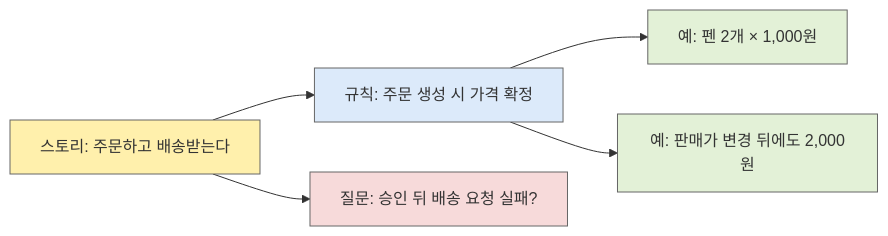
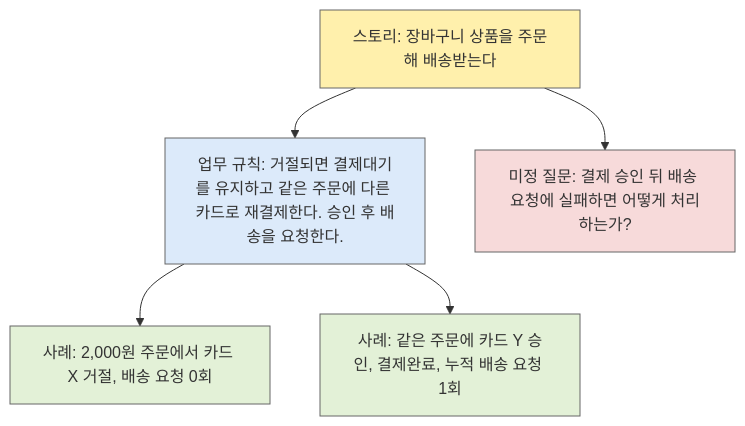
One commit to YoungSan77/TrainingMaterials changed the first of 2 diagrams in courses/ai-native/sessions/s03.md. Above: the diagram before and after it, drawn with Mermaid. The commit also changed other lines of this file and 92 other files, not shown here.

````diff
--- a/courses/ai-native/sessions/s03.md
+++ b/courses/ai-native/sessions/s03.md
@@ -281,15 +238,15 @@
 ```mermaid
-flowchart LR
-  S["스토리: 주문하고 배송받는다"] --> R["규칙: 주문 생성 시 가격 확정"]
-  R --> E1["예: 펜 2개 × 1,000원"]
-  R --> E2["예: 판매가 변경 뒤에도 2,000원"]
-  S --> Q["질문: 승인 뒤 배송 요청 실패?"]
+flowchart TB
+  S["스토리: 장바구니 상품을 주문해 배송받는다"] --> R["업무 규칙: 거절되면 결제대기를 유지하고 같은 주문에 다른 카드로 재결제한다. 승인 후 배송을 요청한다."]
+  R --> E1["사례: 2,000원 주문에서 카드 X 거절, 배송 요청 0회"]
+  R --> E2["사례: 같은 주문에 카드 Y 승인, 결제완료, 누적 배송 요청 1회"]
+  S --> Q["미정 질문: 결제 승인 뒤 배송 요청에 실패하면 어떻게 처리하는가?"]
   classDef story fill:#fff0ac,stroke:#666;
   classDef rule fill:#dceafa,stroke:#666;
   classDef example fill:#e3f1d7,stroke:#666;
   classDef question fill:#f7dada,stroke:#666;
   class S story;
   class R rule;
   class E1,E2 example;
   class Q question;
 ```
````
